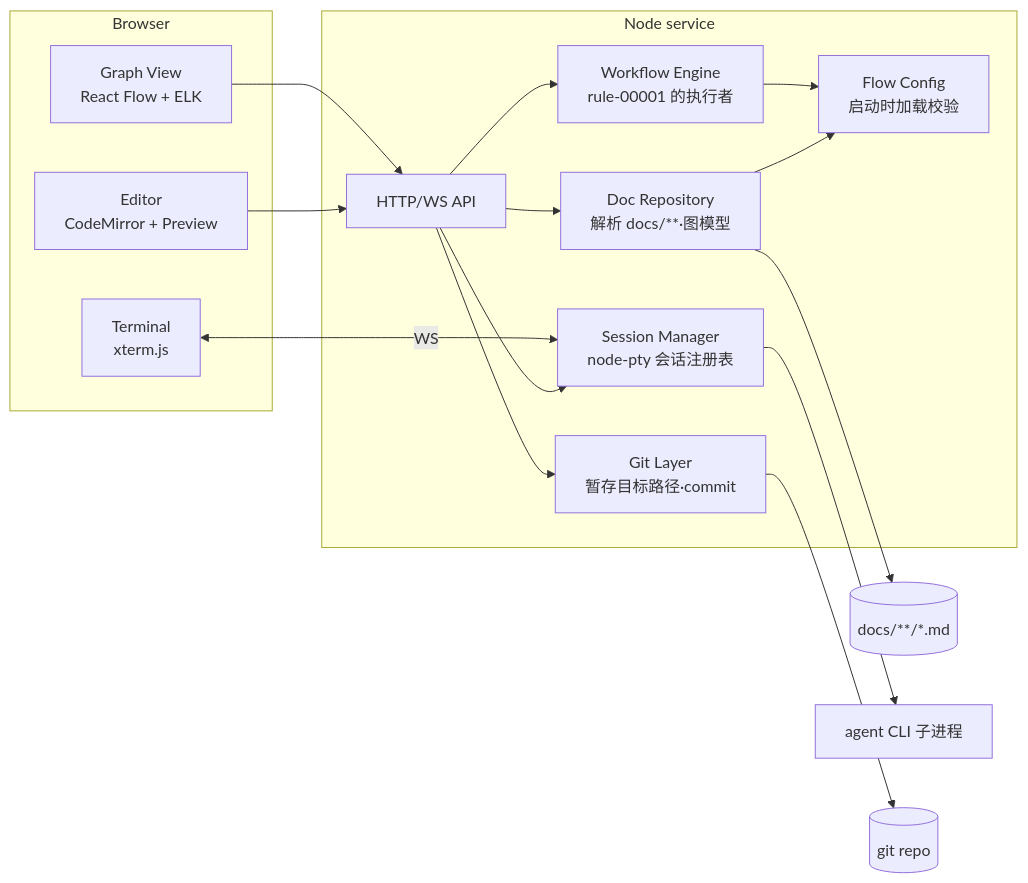
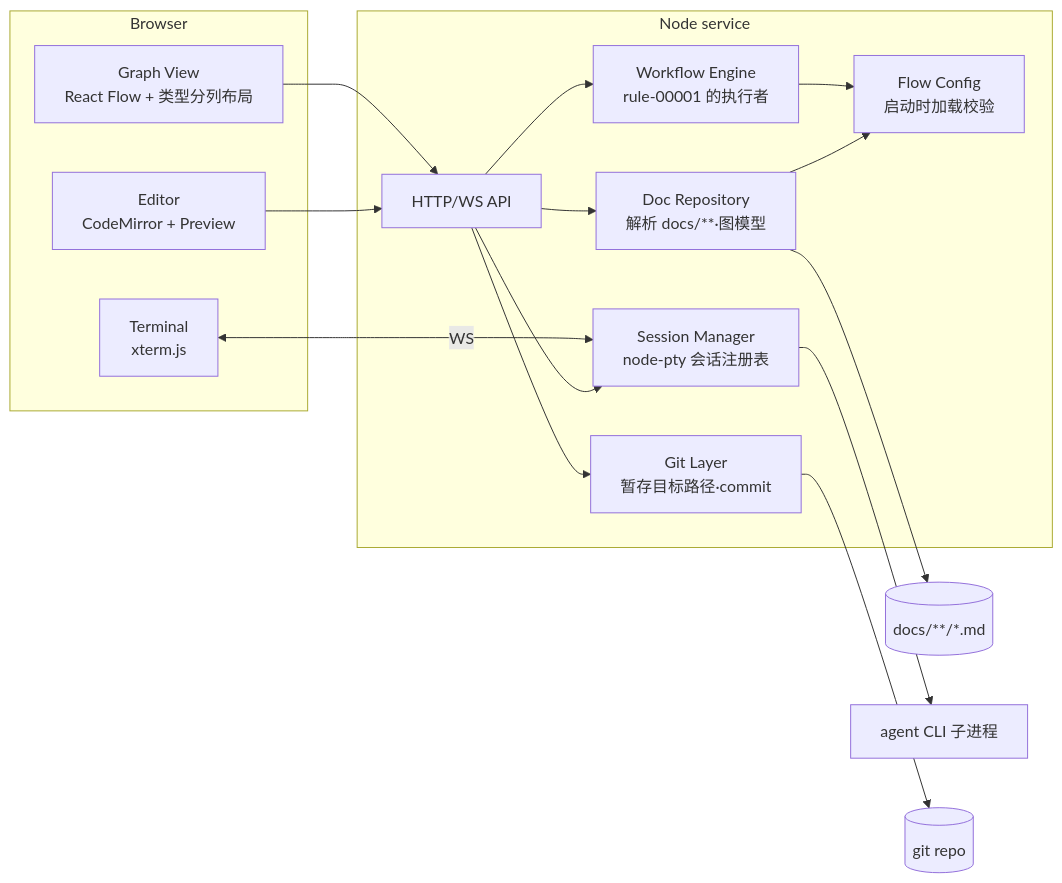
Before and after one commit to ryan-alexander-zhang/ai-native-project-template: the first of 3 diagrams in docs/design/design-00001-docs-whiteboard.md, drawn with Mermaid. The commit also changed other lines of this file and 24 other files, not shown here.

````diff
--- a/docs/design/design-00001-docs-whiteboard.md
+++ b/docs/design/design-00001-docs-whiteboard.md
@@ -33,24 +33,24 @@
 ```mermaid
 flowchart LR
   subgraph Browser
-    GV[Graph View<br/>React Flow + ELK]
+    GV[Graph View<br/>React Flow + 类型分列布局]
     ED[Editor<br/>CodeMirror + Preview]
     TM[Terminal<br/>xterm.js]
   end
   subgraph Node service
     API[HTTP/WS API]
     DR[Doc Repository<br/>解析 docs/**·图模型]
     WE[Workflow Engine<br/>rule-00001 的执行者]
     SM[Session Manager<br/>node-pty 会话注册表]
     GL[Git Layer<br/>暂存目标路径·commit]
     CFG[Flow Config<br/>启动时加载校验]
   end
   GV & ED --> API
   TM <--WS--> SM
   API --> DR & WE & SM & GL
   WE --> CFG
   DR --> CFG
   DR --> FS[(docs/**/*.md)]
   SM --> CLI[agent CLI 子进程]
   GL --> GIT[(git repo)]
 ```
````
